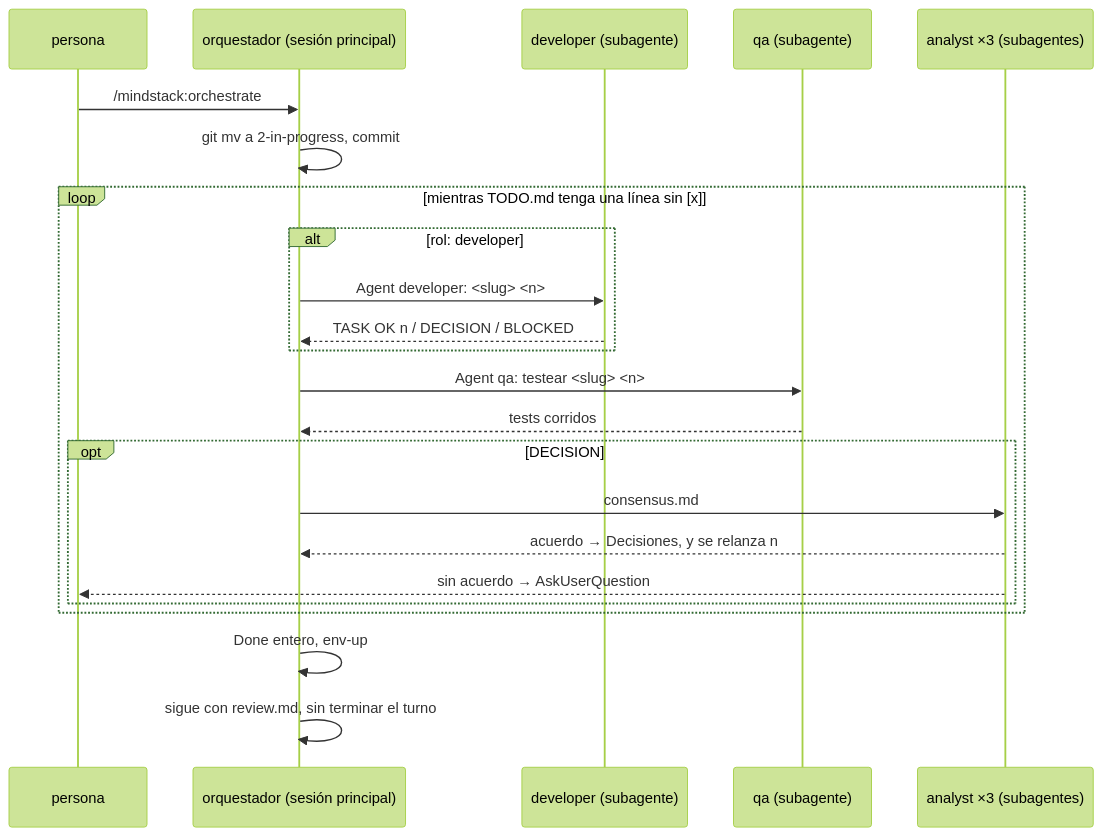
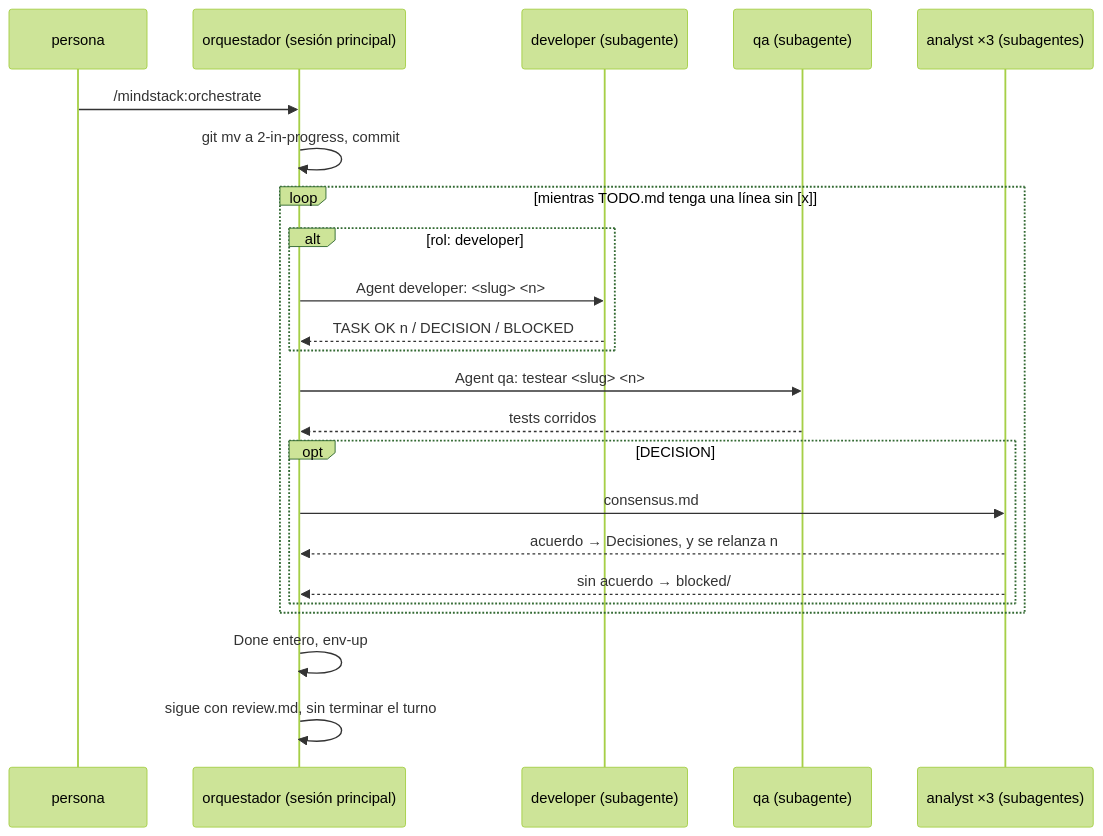
The diagram in skills/workflow/references/implement.md (octavio-parozlabs/mindstack), drawn with Mermaid (forest theme) before and after one commit. The commit also changed other lines of this file and 44 other files, not shown here.

````diff
--- a/skills/workflow/references/implement.md
+++ b/skills/workflow/references/implement.md
@@ -5,25 +5,25 @@
 ```mermaid
 sequenceDiagram
     participant P as persona
     participant O as orquestador (sesión principal)
     participant D as developer (subagente)
     participant Q as qa (subagente)
     participant A as analyst ×3 (subagentes)
     P->>O: /mindstack:orchestrate
     O->>O: git mv a 2-in-progress, commit
     loop mientras TODO.md tenga una línea sin [x]
         alt rol: developer
             O->>D: Agent developer: <slug> <n>
             D-->>O: TASK OK n / DECISION / BLOCKED
         end
         O->>Q: Agent qa: testear <slug> <n>
         Q-->>O: tests corridos
         opt DECISION
             O->>A: consensus.md
             A-->>O: acuerdo → Decisiones, y se relanza n
-            A-->>P: sin acuerdo → AskUserQuestion
+            A-->>O: sin acuerdo → blocked/
         end
     end
     O->>O: Done entero, env-up
     O->>O: sigue con review.md, sin terminar el turno
 ```
````
